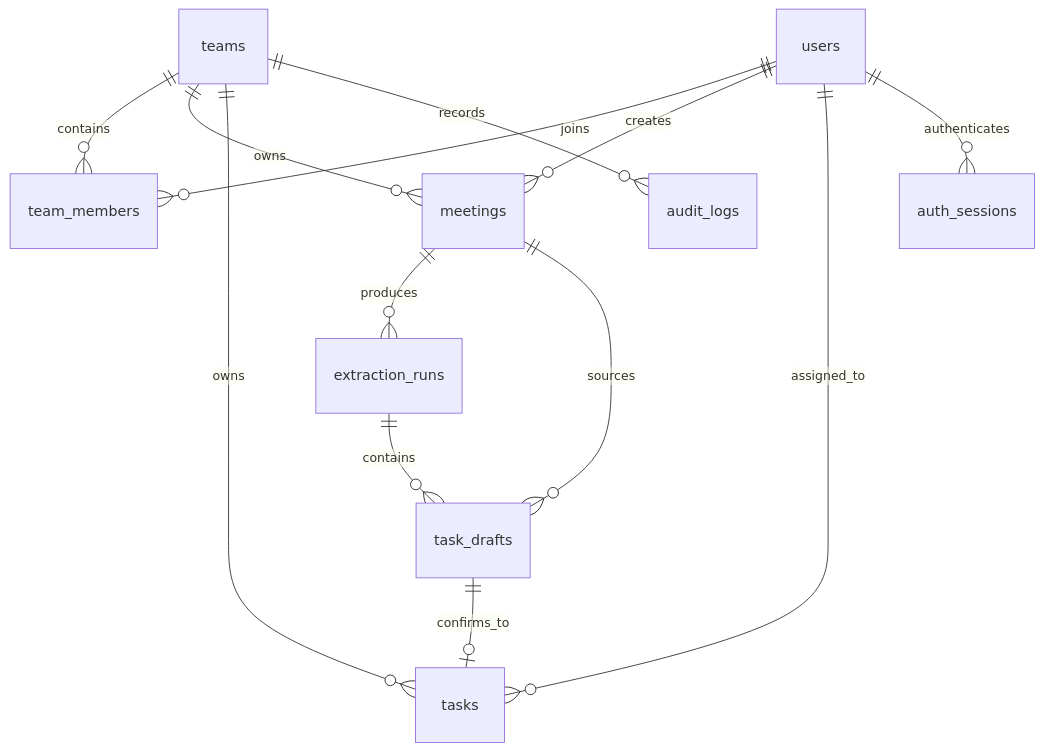
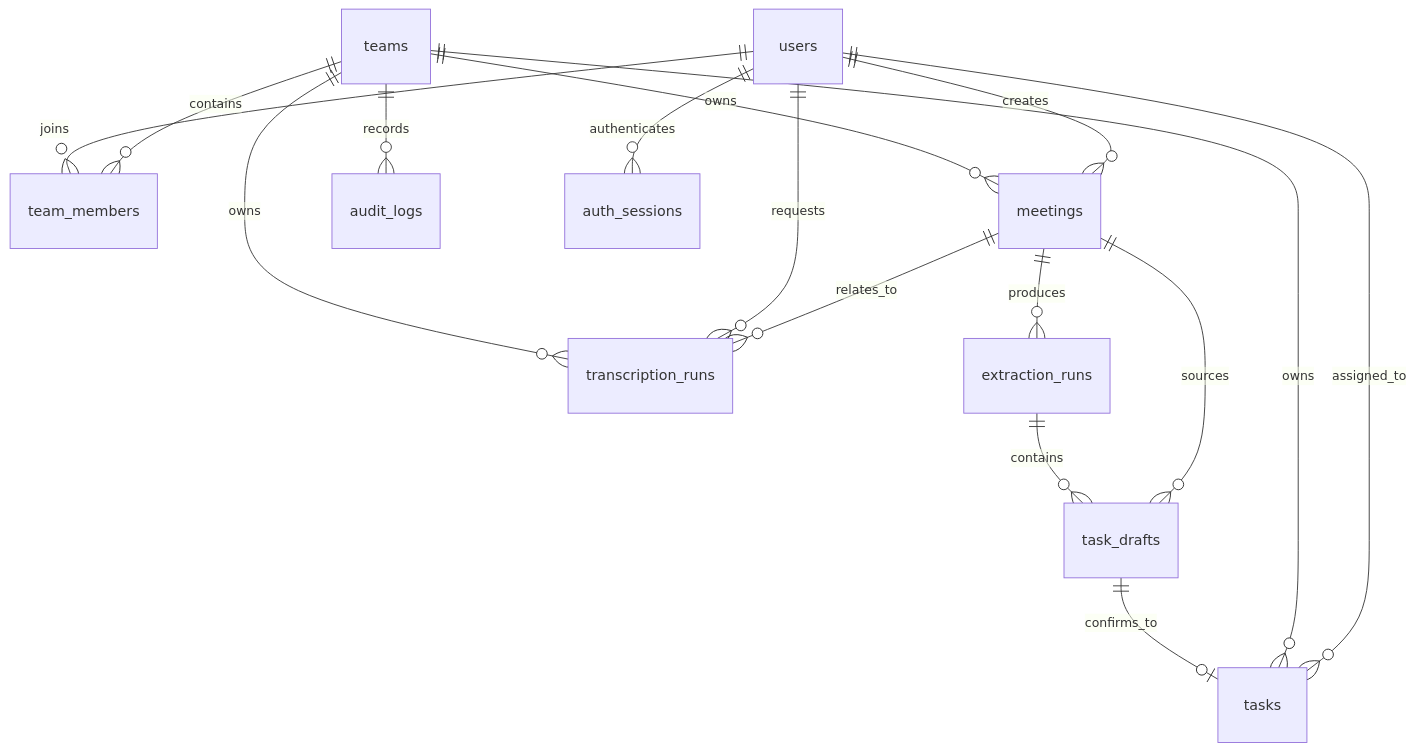
Before and after one commit to Ddddd0412/eggeggeggeggeggeggeggegg: the diagram in docs/数据库设计.md, drawn with Mermaid. The commit also changed other lines of this file and 26 other files, not shown here.

````diff
--- a/docs/数据库设计.md
+++ b/docs/数据库设计.md
@@ -7,15 +7,18 @@
 ```mermaid
 erDiagram
     users ||--o{ team_members : joins
     teams ||--o{ team_members : contains
     teams ||--o{ meetings : owns
     users ||--o{ meetings : creates
+    teams ||--o{ transcription_runs : owns
+    users ||--o{ transcription_runs : requests
+    meetings ||--o{ transcription_runs : relates_to
     meetings ||--o{ extraction_runs : produces
     extraction_runs ||--o{ task_drafts : contains
     meetings ||--o{ task_drafts : sources
     task_drafts ||--o| tasks : confirms_to
     teams ||--o{ tasks : owns
     users ||--o{ tasks : assigned_to
     teams ||--o{ audit_logs : records
     users ||--o{ auth_sessions : authenticates
 ```
````
